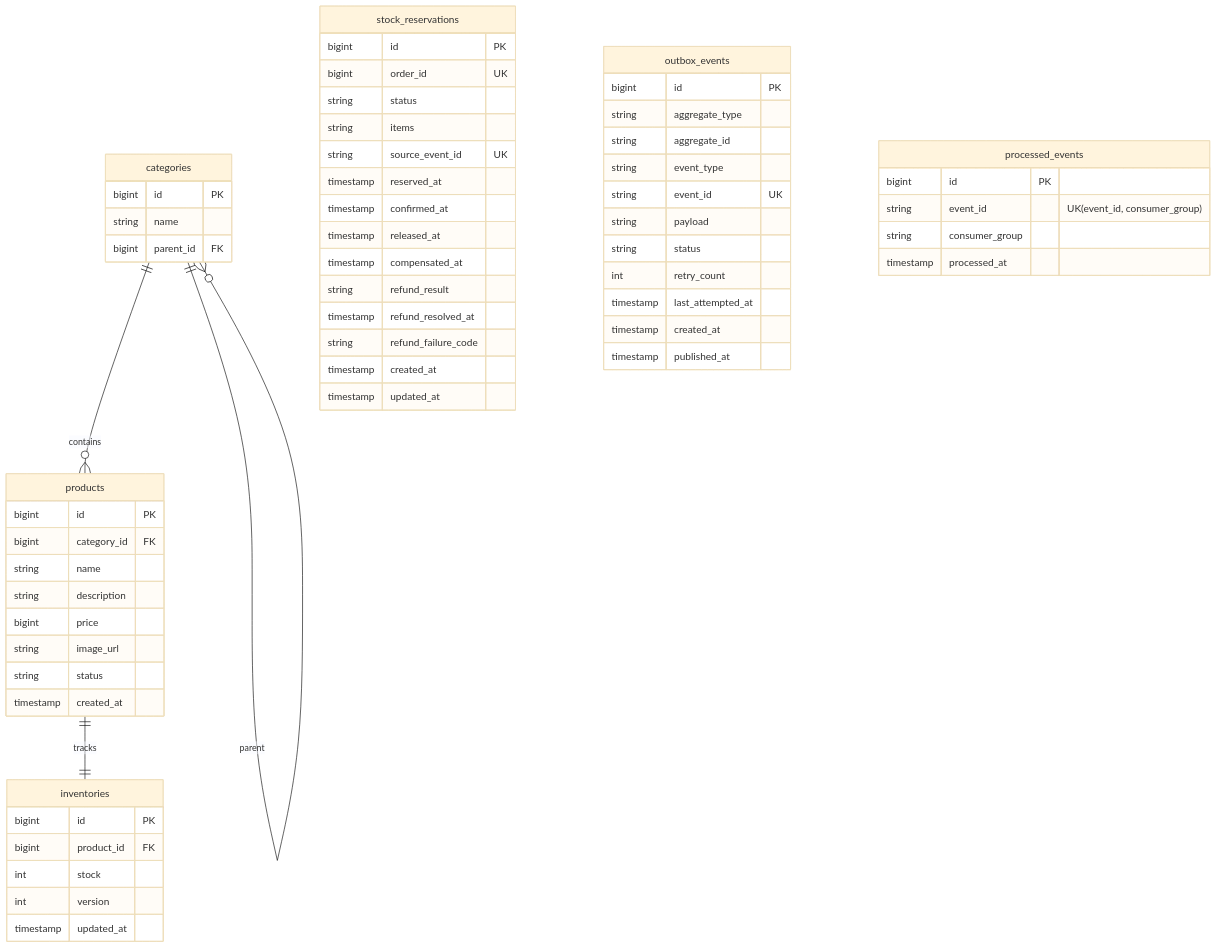
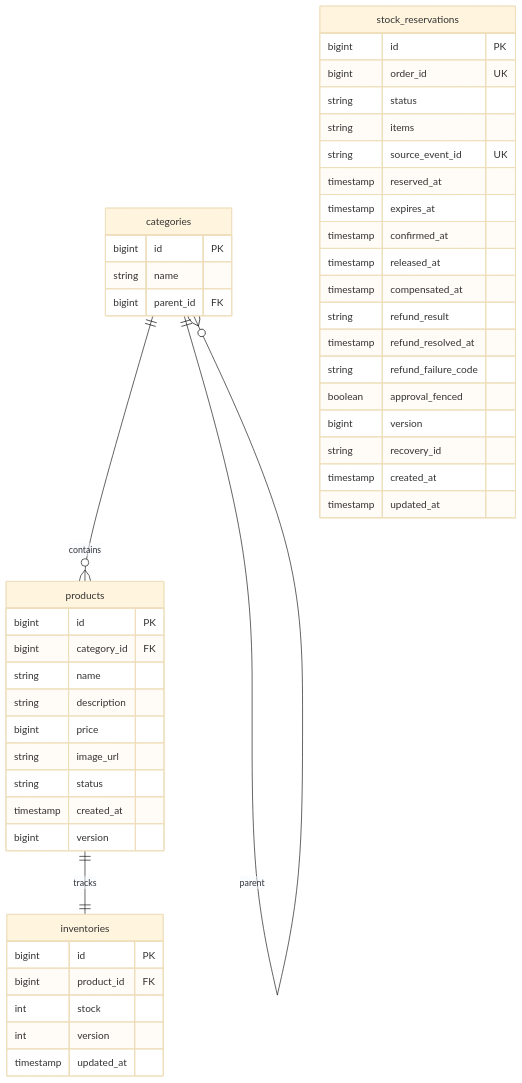
Before and after one commit to Kimgyuilli/PeekCart: the second of 5 diagrams in docs/05-data-design.md, drawn with Mermaid (base theme). The commit also changed other lines of this file, not shown here.

First line of the commit message:
docs(data): ERD 를 마이그레이션 최종 스키마로 맞추고 공통 메시징 테이블 정리

````diff
--- a/docs/05-data-design.md
+++ b/docs/05-data-design.md
@@ -64,63 +81,49 @@
 ```mermaid
 erDiagram
   categories {
     bigint id PK
     string name
     bigint parent_id FK
   }
   products {
     bigint id PK
     bigint category_id FK
     string name
     string description
     bigint price
     string image_url
     string status
     timestamp created_at
+    bigint version
   }
   inventories {
     bigint id PK
     bigint product_id FK
     int stock
     int version
     timestamp updated_at
   }
   stock_reservations {
     bigint id PK
     bigint order_id UK
     string status
     string items
     string source_event_id UK
     timestamp reserved_at
+    timestamp expires_at
     timestamp confirmed_at
     timestamp released_at
     timestamp compensated_at
     string refund_result
     timestamp refund_resolved_at
     string refund_failure_code
+    boolean approval_fenced
+    bigint version
+    string recovery_id
     timestamp created_at
     timestamp updated_at
-  }
-  outbox_events {
-    bigint id PK
-    string aggregate_type
-    string aggregate_id
-    string event_type
-    string event_id UK
-    string payload
-    string status
-    int retry_count
-    timestamp last_attempted_at
-    timestamp created_at
-    timestamp published_at
-  }
-  processed_events {
-    bigint id PK
-    string event_id "UK(event_id, consumer_group)"
-    string consumer_group
-    timestamp processed_at
   }
   categories ||--o{ products : contains
   categories ||--o{ categories : parent
   products ||--|| inventories : tracks
 ```
````
